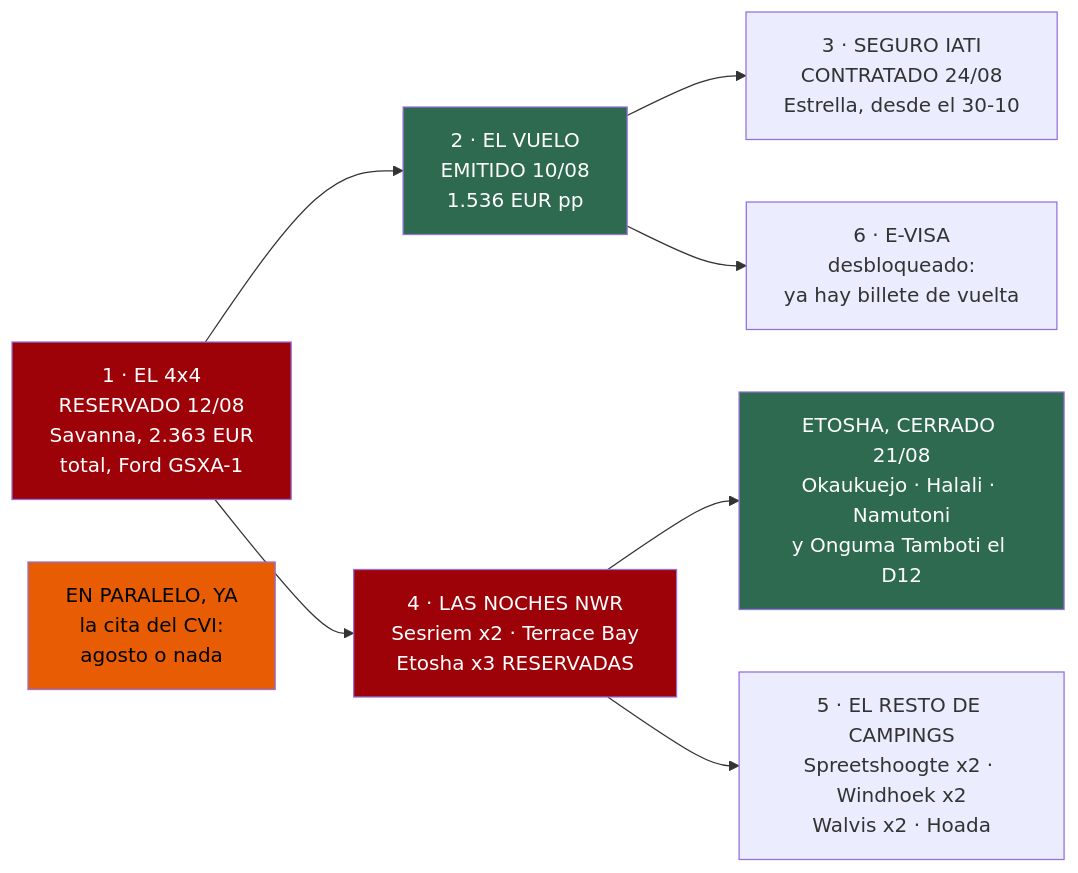
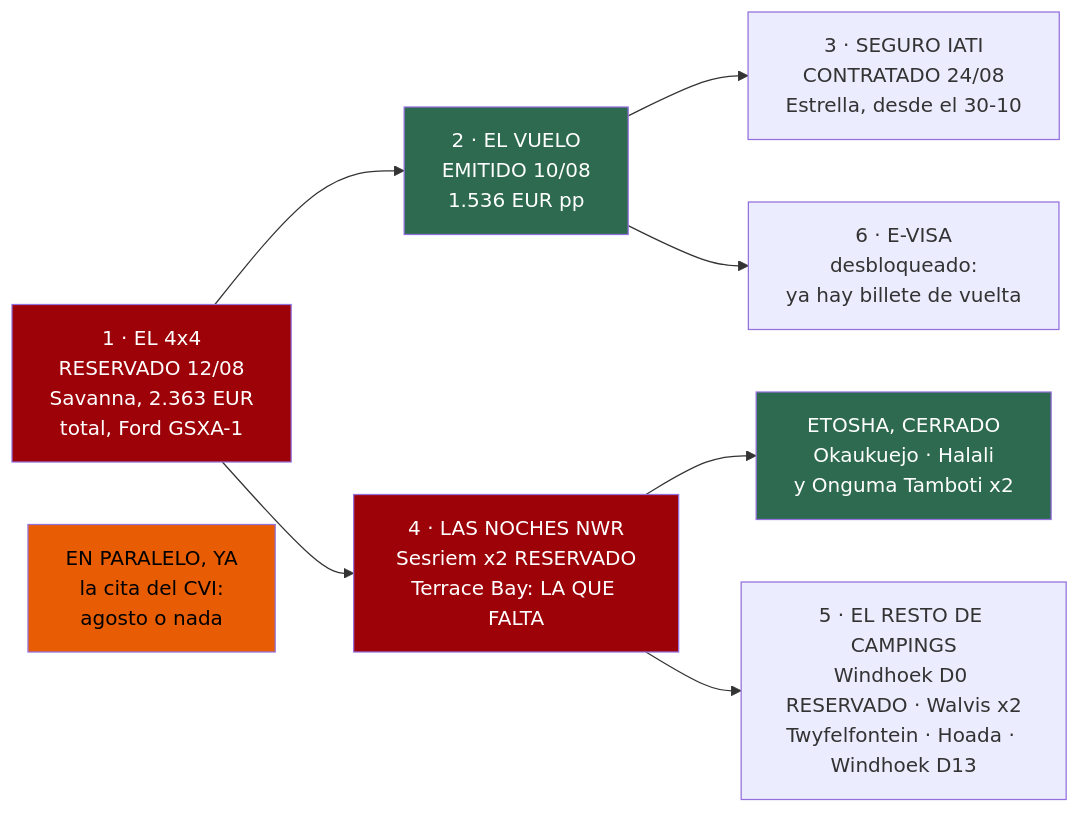
The diagram in 20-reservas.md (morandeirachema/namibia), drawn with Mermaid before and after one commit. The commit also changed other lines of this file and 44 other files, not shown here.

First line of the commit message:
El calendario se rehace sobre las reservas hechas: Spreetshoogte una noche, Twyfelfontein nueva y Onguma por Namutoni

````diff
--- a/20-reservas.md
+++ b/20-reservas.md
@@ -32,16 +37,16 @@
 ```mermaid
 flowchart LR
 %% ancho
     C["1 · EL 4x4<br/>RESERVADO 12/08<br/>Savanna, 2.363 EUR<br/>total, Ford GSXA-1"] --> V["2 · EL VUELO<br/>EMITIDO 10/08<br/>1.536 EUR pp"]
     V --> S["3 · SEGURO IATI<br/>CONTRATADO 24/08<br/>Estrella, desde el 30-10"]
     V --> E["6 · E-VISA<br/>desbloqueado:<br/>ya hay billete de vuelta"]
-    C --> N["4 · LAS NOCHES NWR<br/>Sesriem x2 · Terrace Bay<br/>Etosha x3 RESERVADAS"]
-    N --> Y["ETOSHA, CERRADO 21/08<br/>Okaukuejo · Halali · Namutoni<br/>y Onguma Tamboti el D12"]
-    N --> R["5 · EL RESTO DE CAMPINGS<br/>Spreetshoogte x2 · Windhoek x2<br/>Walvis x2 · Hoada"]
+    C --> N["4 · LAS NOCHES NWR<br/>Sesriem x2 RESERVADO<br/>Terrace Bay: LA QUE FALTA"]
+    N --> Y["ETOSHA, CERRADO<br/>Okaukuejo · Halali<br/>y Onguma Tamboti x2"]
+    N --> R["5 · EL RESTO DE CAMPINGS<br/>Windhoek D0 RESERVADO · Walvis x2<br/>Twyfelfontein · Hoada · Windhoek D13"]
     P["EN PARALELO, YA<br/>la cita del CVI:<br/>agosto o nada"]
     style C fill:#9d0208,color:#fff
     style V fill:#2d6a4f,color:#fff
     style N fill:#9d0208,color:#fff
     style Y fill:#2d6a4f,color:#fff
     style P fill:#e85d04,color:#000
 ```
````
